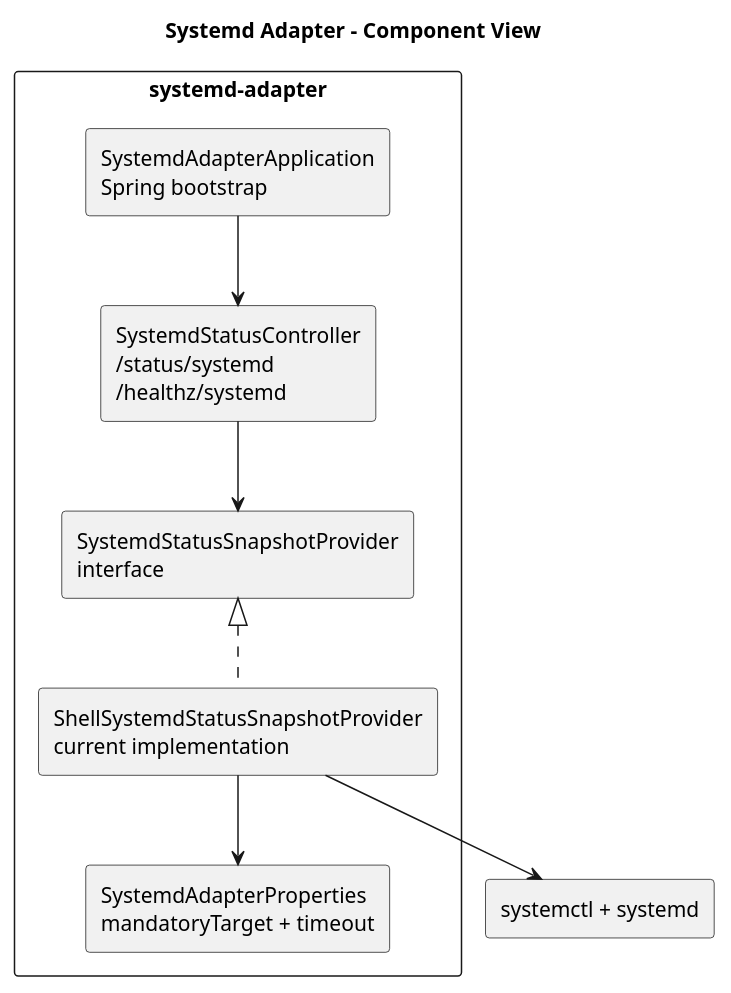
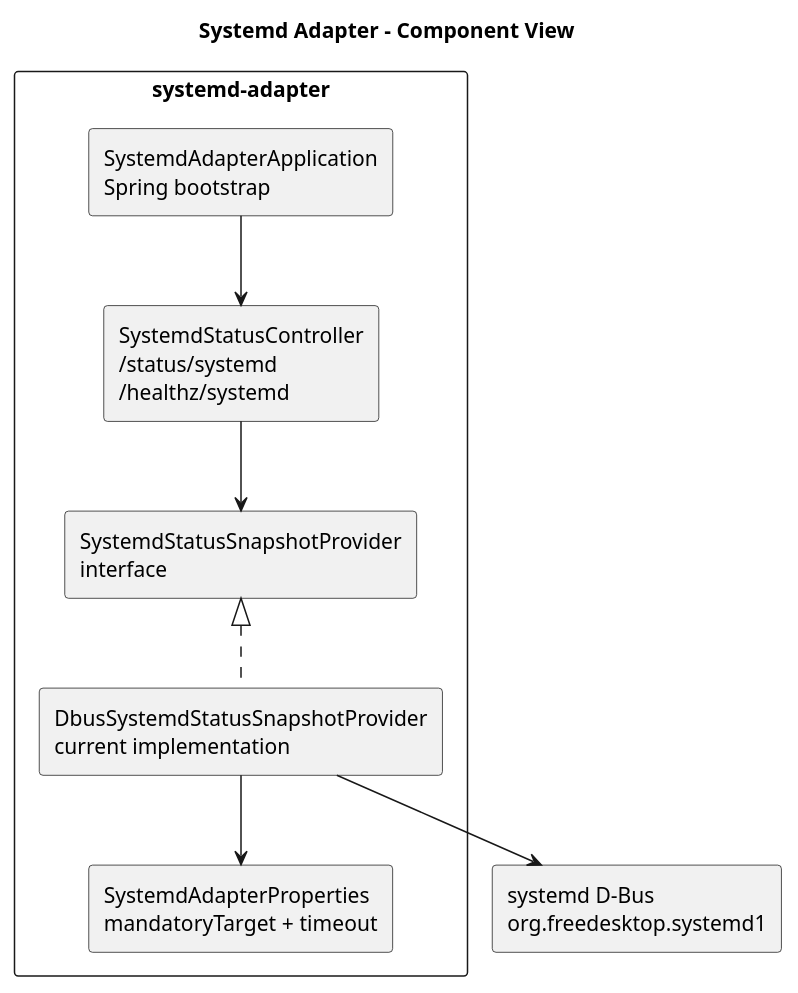
Before and after one commit to nxmatic/rke2lab: the third of 4 diagrams in docs/systemd-dbus-adapter-architecture.adoc, drawn with PlantUML. The commit also changed other lines of this file and 21 other files, not shown here.

Commit message:
feat(systemd-adapter): stabilize dbus runtime integration @codebase @copilot

```diff
--- a/docs/systemd-dbus-adapter-architecture.adoc
+++ b/docs/systemd-dbus-adapter-architecture.adoc
@@ -105,26 +105,26 @@
 [plantuml,systemd-adapter-components,svg]
 ----
 @startuml
 top to bottom direction
 skinparam shadowing false
 skinparam packageStyle rectangle
 
 title Systemd Adapter - Component View
 
 package "systemd-adapter" {
   rectangle "SystemdAdapterApplication\nSpring bootstrap" as app
   rectangle "SystemdStatusController\n/status/systemd\n/healthz/systemd" as controller
   rectangle "SystemdStatusSnapshotProvider\ninterface" as provider
-  rectangle "ShellSystemdStatusSnapshotProvider\ncurrent implementation" as shellProvider
+  rectangle "DbusSystemdStatusSnapshotProvider\ncurrent implementation" as dbusProvider
   rectangle "SystemdAdapterProperties\nmandatoryTarget + timeout" as props
 }
 
-rectangle "systemctl + systemd" as systemctl
+rectangle "systemd D-Bus\norg.freedesktop.systemd1" as systemdDbus
 
 app --> controller
 controller --> provider
-provider <|.. shellProvider
-shellProvider --> props
-shellProvider --> systemctl
+provider <|.. dbusProvider
+dbusProvider --> props
+dbusProvider --> systemdDbus
 @enduml
 ----
```
